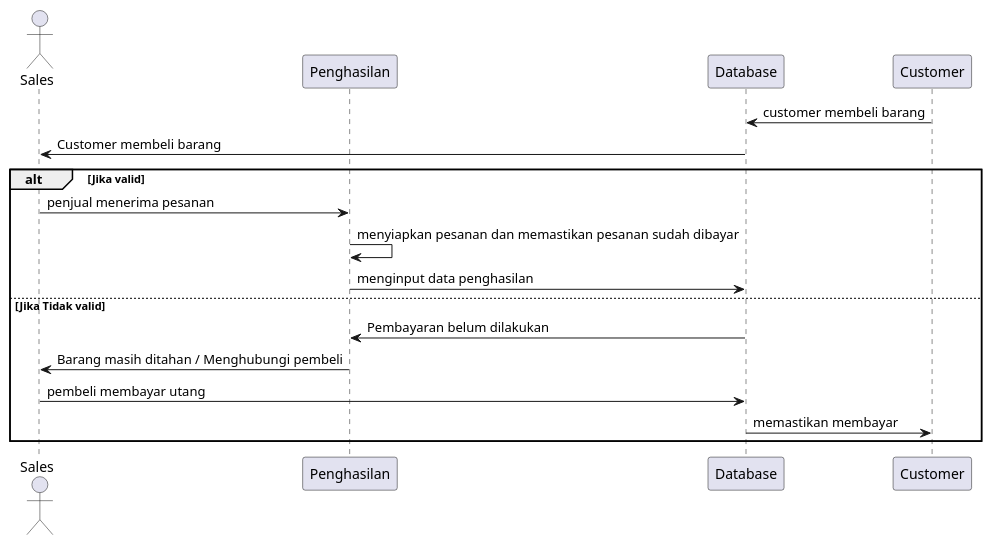
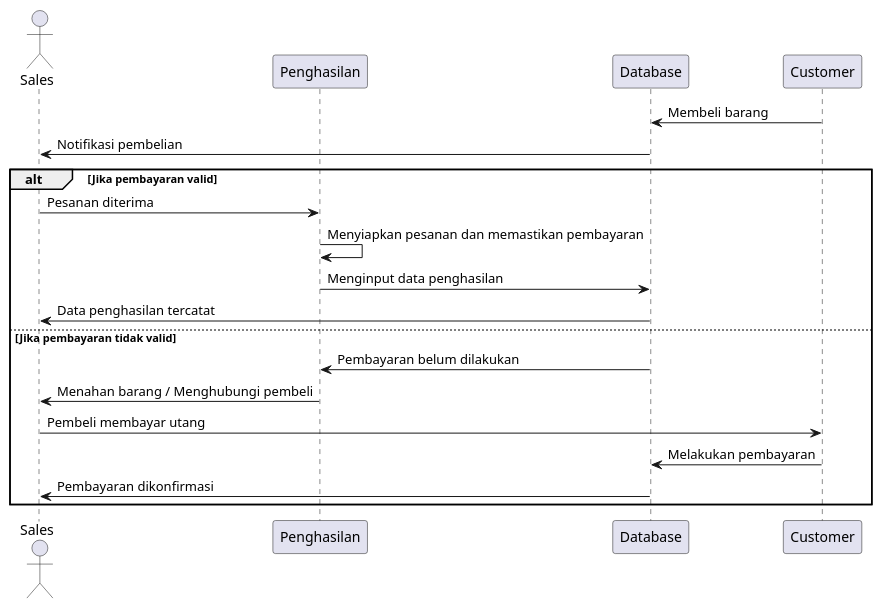
One commit to AzmiAli96/projek changed the diagram in penghasilan.puml. Above: the diagram before and after it, drawn with PlantUML. The commit also changed 4 other files, not shown here.

Commit message:
sequence

```diff
--- a/penghasilan.puml
+++ b/penghasilan.puml
@@ -1,19 +1,25 @@
 @startuml
+
 actor Sales
-participant "Penghasilan" as hasil 
+participant "Penghasilan" as hasil
 participant "Database" as DB
 participant "Customer" as pembeli
-pembeli -> DB: customer membeli barang
-DB -> Sales: Customer membeli barang
 
-alt Jika valid
-    Sales -> hasil: penjual menerima pesanan 
-    hasil -> hasil: menyiapkan pesanan dan memastikan pesanan sudah dibayar
-    hasil -> DB: menginput data penghasilan
-else Jika Tidak valid
-    DB -> hasil: Pembayaran belum dilakukan 
-    hasil -> Sales: Barang masih ditahan / Menghubungi pembeli
-    Sales -> DB: pembeli membayar utang 
-    DB -> pembeli: memastikan membayar
+pembeli -> DB: Membeli barang
+DB -> Sales: Notifikasi pembelian
+
+alt Jika pembayaran valid
+    Sales -> hasil: Pesanan diterima
+    hasil -> hasil: Menyiapkan pesanan dan memastikan pembayaran
+    hasil -> DB: Menginput data penghasilan
+    DB -> Sales: Data penghasilan tercatat
+
+else Jika pembayaran tidak valid
+    DB -> hasil: Pembayaran belum dilakukan
+    hasil -> Sales: Menahan barang / Menghubungi pembeli
+    Sales -> pembeli: Pembeli membayar utang
+    pembeli -> DB: Melakukan pembayaran
+    DB -> Sales: Pembayaran dikonfirmasi
 end
+
 @enduml
```
